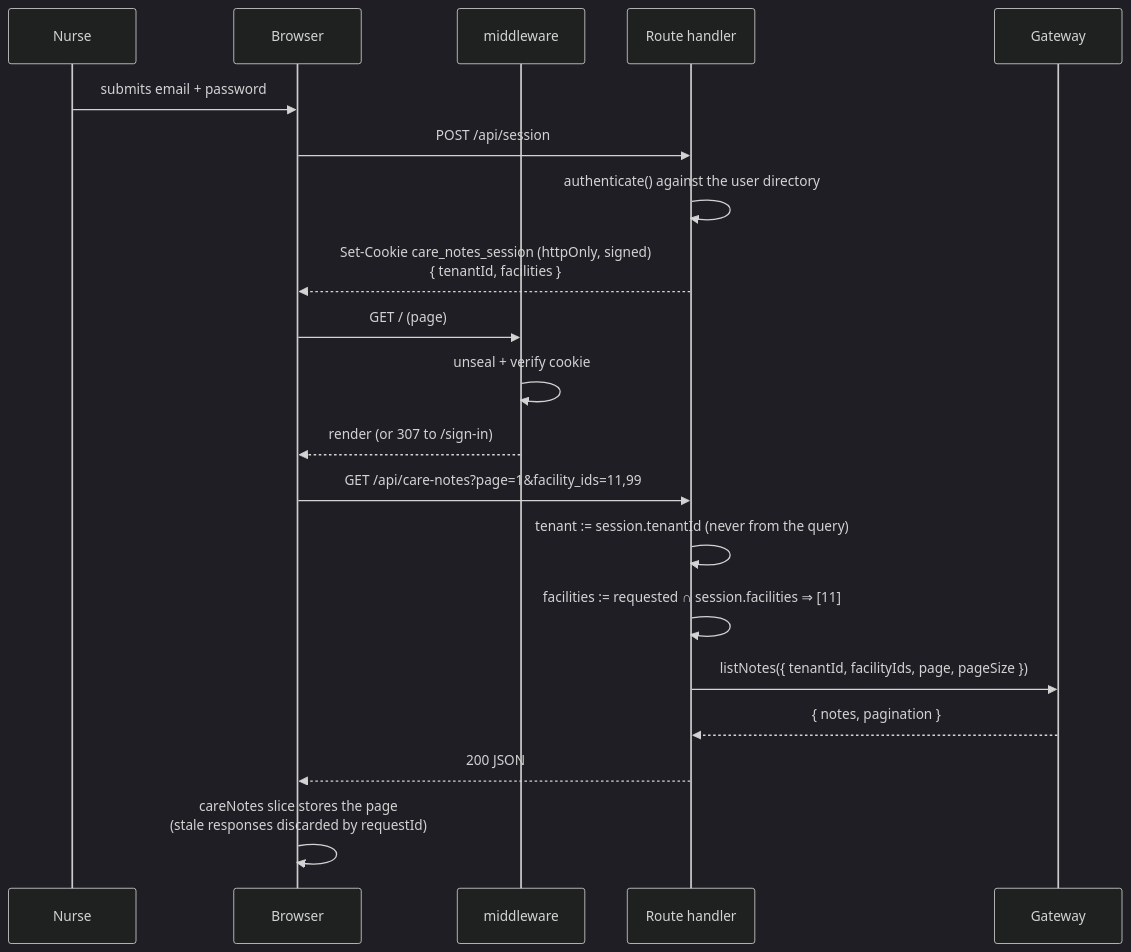
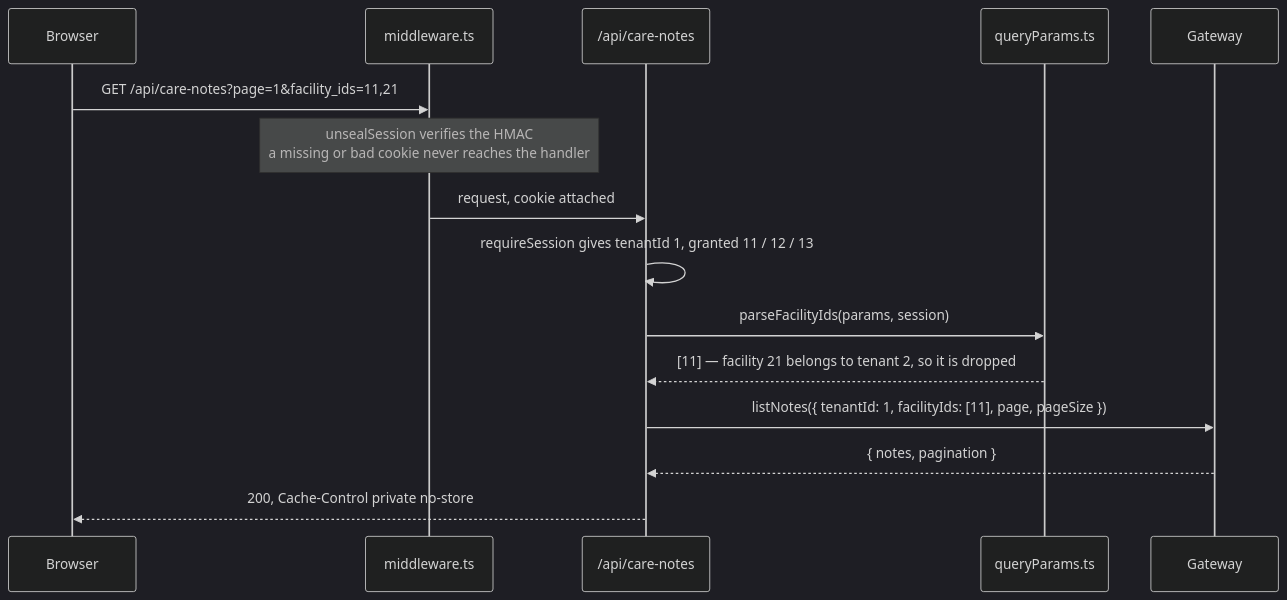
One commit to dev-sas002/clinical-notes-portal changed the first of 2 diagrams in README.md. Above: the diagram before and after it, drawn with Mermaid (dark theme). The commit also changed other lines of this file, not shown here.

````diff
--- a/README.md
+++ b/README.md
@@ -74,25 +20,18 @@
 ```mermaid
 sequenceDiagram
-    participant U as Nurse
     participant B as Browser
-    participant M as middleware
-    participant R as Route handler
+    participant M as middleware.ts
+    participant R as /api/care-notes
+    participant Q as queryParams.ts
     participant G as Gateway
 
-    U->>B: submits email + password
-    B->>R: POST /api/session
-    R->>R: authenticate() against the user directory
-    R-->>B: Set-Cookie care_notes_session (httpOnly, signed)<br/>{ tenantId, facilities }
-
-    B->>M: GET / (page)
-    M->>M: unseal + verify cookie
-    M-->>B: render (or 307 to /sign-in)
-
-    B->>R: GET /api/care-notes?page=1&facility_ids=11,99
-    R->>R: tenant := session.tenantId (never from the query)
-    R->>R: facilities := requested ∩ session.facilities  ⇒ [11]
-    R->>G: listNotes({ tenantId, facilityIds, page, pageSize })
+    B->>M: GET /api/care-notes?page=1&facility_ids=11,21
+    Note over M: unsealSession verifies the HMAC<br/>a missing or bad cookie never reaches the handler
+    M->>R: request, cookie attached
+    R->>R: requireSession gives tenantId 1, granted 11 / 12 / 13
+    R->>Q: parseFacilityIds(params, session)
+    Q-->>R: [11] — facility 21 belongs to tenant 2, so it is dropped
+    R->>G: listNotes({ tenantId: 1, facilityIds: [11], page, pageSize })
     G-->>R: { notes, pagination }
-    R-->>B: 200 JSON
-    B->>B: careNotes slice stores the page<br/>(stale responses discarded by requestId)
+    R-->>B: 200, Cache-Control private no-store
 ```
````
